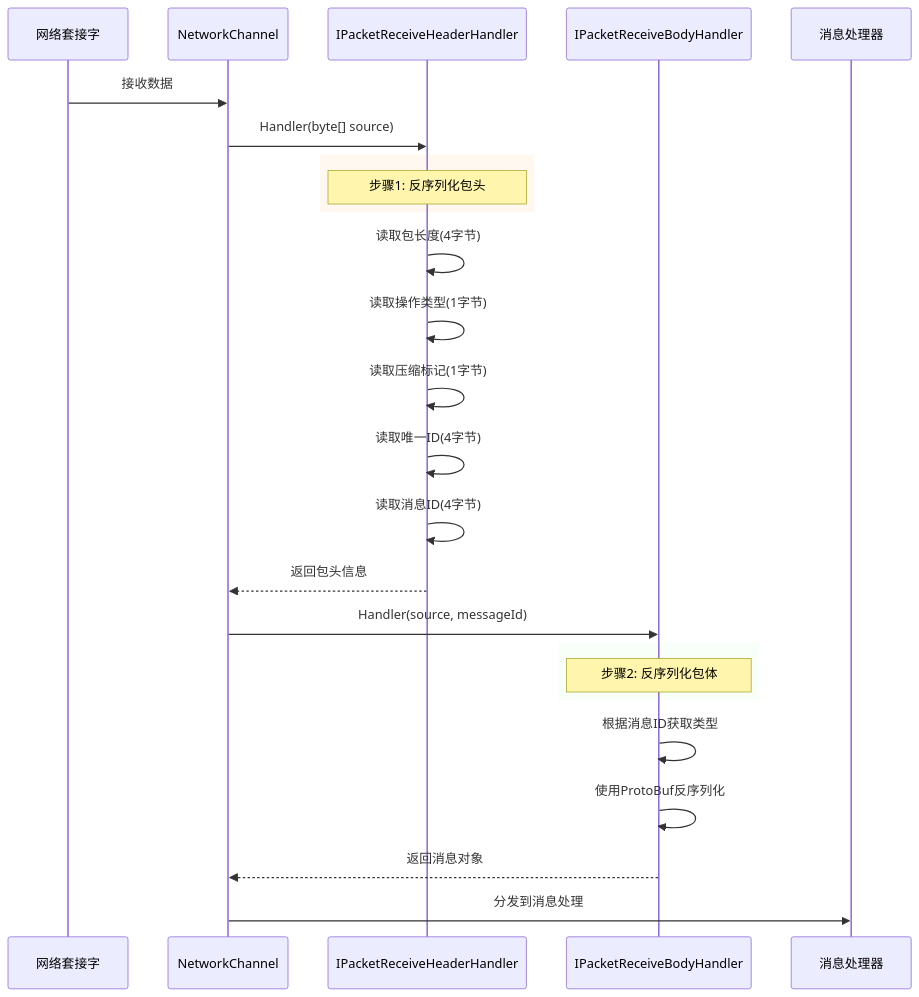
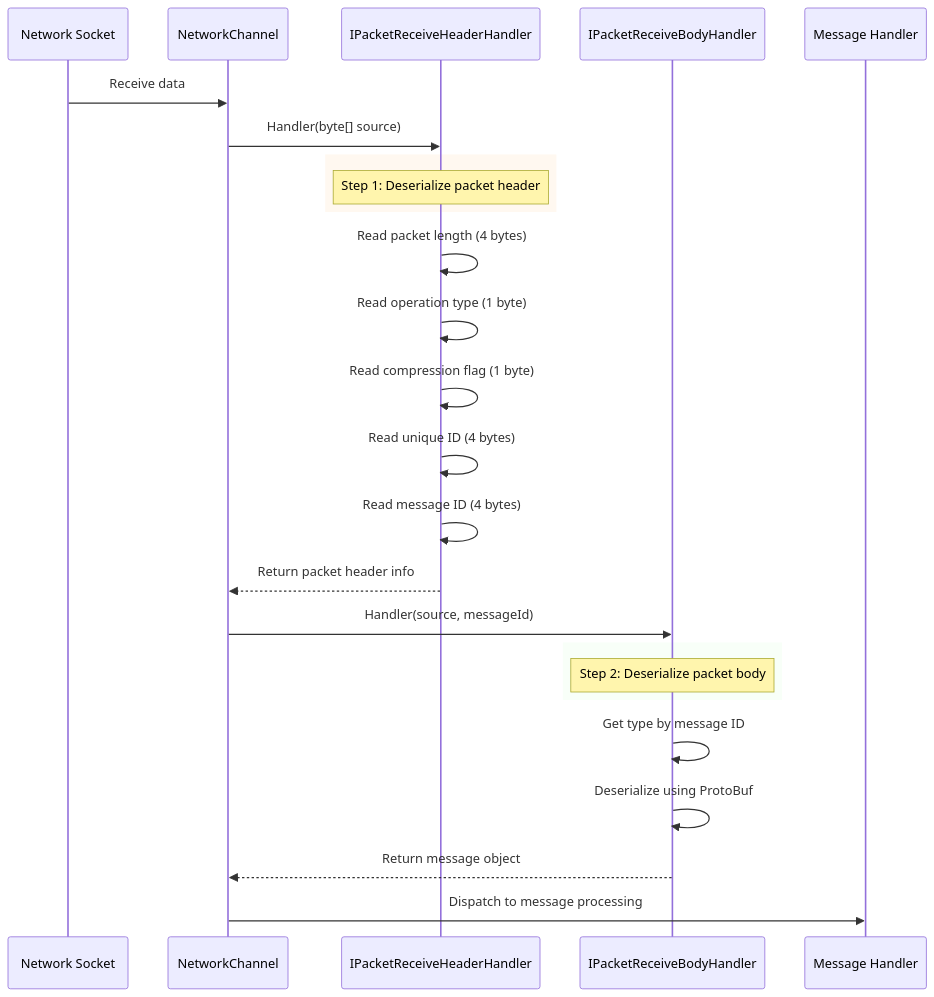
One commit to AlianBlank/GameFrameX.Docs changed the third of 3 diagrams in docs/en/client/unity/component/network/07.packet-handlers.md. Above: the diagram before and after it, drawn with Mermaid. The commit also changed other lines of this file and 242 other files, not shown here.

````diff
--- a/docs/en/client/unity/component/network/07.packet-handlers.md
+++ b/docs/en/client/unity/component/network/07.packet-handlers.md
@@ -111,33 +111,33 @@
 ```mermaid
 sequenceDiagram
-    participant Socket as 网络套接字
+    participant Socket as Network Socket
     participant Channel as NetworkChannel
     participant RecvHeader as IPacketReceiveHeaderHandler
     participant RecvBody as IPacketReceiveBodyHandler
-    participant Handler as 消息处理器
+    participant Handler as Message Handler
 
-    Socket->>Channel: 接收数据
+    Socket->>Channel: Receive data
     Channel->>RecvHeader: Handler(byte[] source)
-    
+
     rect rgb(255, 248, 240)
-        Note over RecvHeader: 步骤1: 反序列化包头
+        Note over RecvHeader: Step 1: Deserialize packet header
     end
-    
-    RecvHeader->>RecvHeader: 读取包长度(4字节)
-    RecvHeader->>RecvHeader: 读取操作类型(1字节)
-    RecvHeader->>RecvHeader: 读取压缩标记(1字节)
-    RecvHeader->>RecvHeader: 读取唯一ID(4字节)
-    RecvHeader->>RecvHeader: 读取消息ID(4字节)
-    RecvHeader-->>Channel: 返回包头信息
-    
+
+    RecvHeader->>RecvHeader: Read packet length (4 bytes)
+    RecvHeader->>RecvHeader: Read operation type (1 byte)
+    RecvHeader->>RecvHeader: Read compression flag (1 byte)
+    RecvHeader->>RecvHeader: Read unique ID (4 bytes)
+    RecvHeader->>RecvHeader: Read message ID (4 bytes)
+    RecvHeader-->>Channel: Return packet header info
+
     Channel->>RecvBody: Handler(source, messageId)
-    
+
     rect rgb(248, 255, 248)
-        Note over RecvBody: 步骤2: 反序列化包体
+        Note over RecvBody: Step 2: Deserialize packet body
     end
-    
-    RecvBody->>RecvBody: 根据消息ID获取类型
-    RecvBody->>RecvBody: 使用ProtoBuf反序列化
-    RecvBody-->>Channel: 返回消息对象
-    Channel->>Handler: 分发到消息处理
+
+    RecvBody->>RecvBody: Get type by message ID
+    RecvBody->>RecvBody: Deserialize using ProtoBuf
+    RecvBody-->>Channel: Return message object
+    Channel->>Handler: Dispatch to message processing
 ```
````
